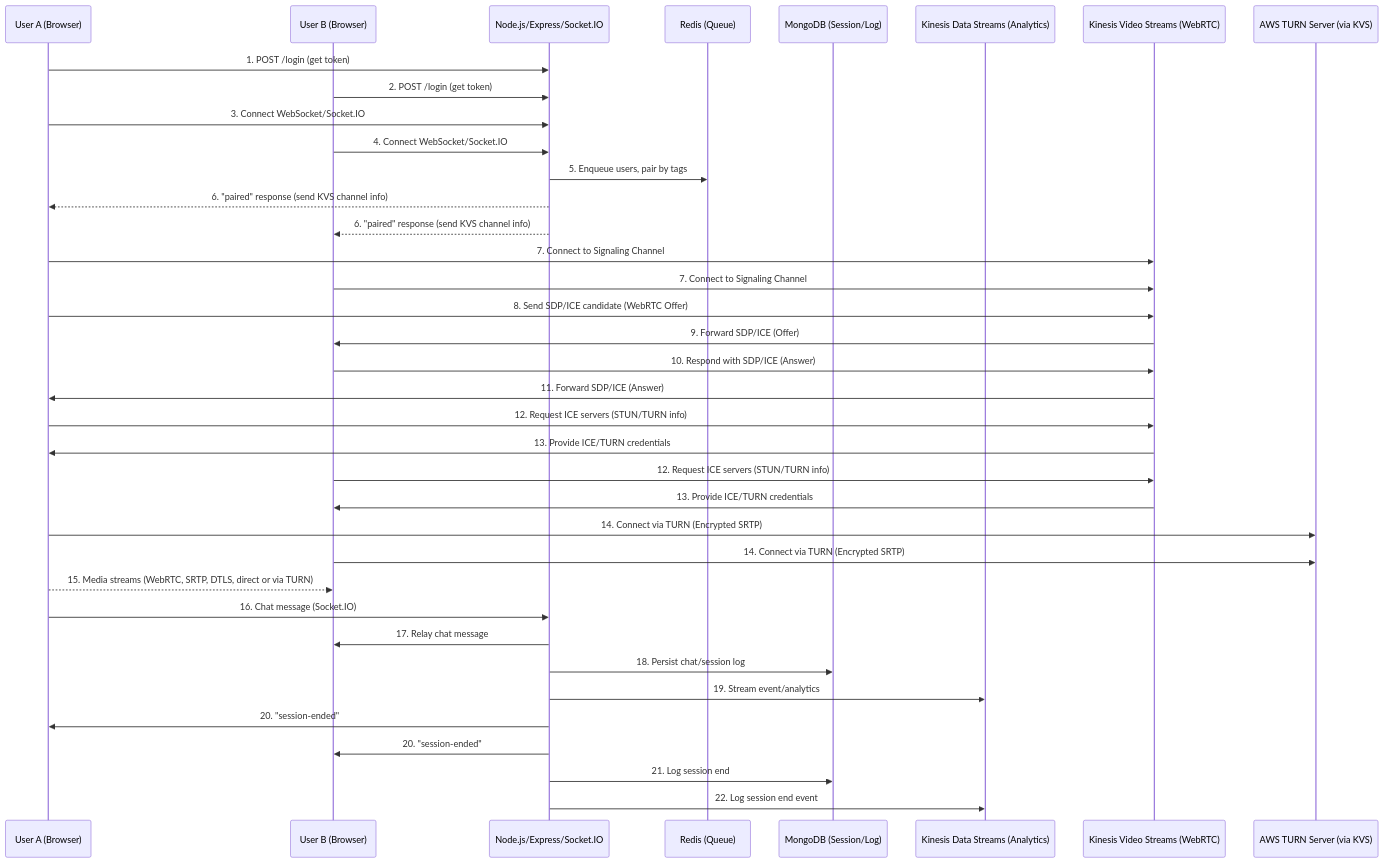
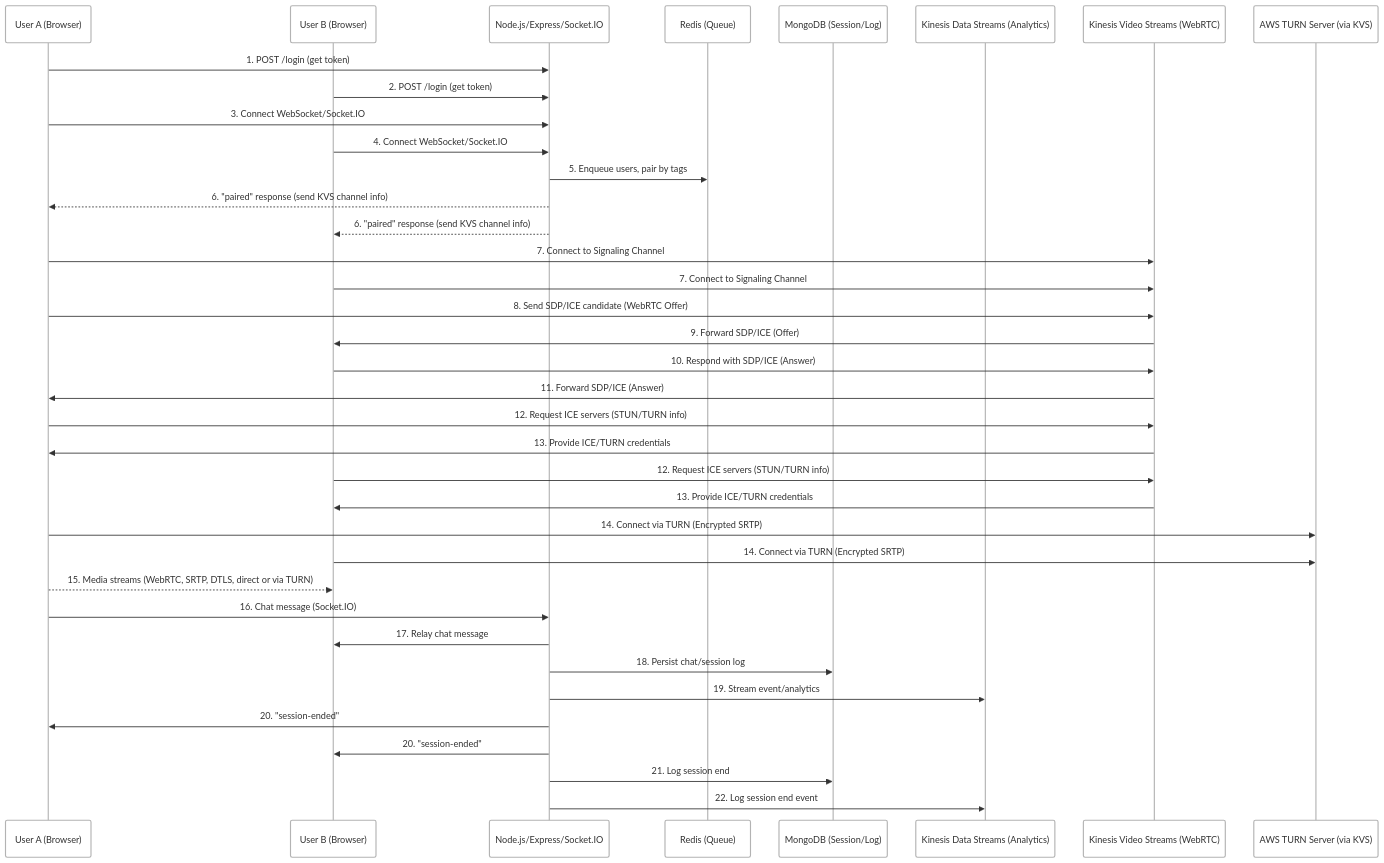
Before and after one commit to hamza-mostafa/Kinesis_webRTC_socketIO: the second of 2 diagrams in README.md, drawn with Mermaid. The commit also changed other lines of this file, not shown here.

Commit message:
arranging charts

````diff
--- a/README.md
+++ b/README.md
@@ -34,53 +39,44 @@
 ```mermaid
+---
+config:
+  theme: neo
+---
 sequenceDiagram
     participant UserA as User A (Browser)
     participant UserB as User B (Browser)
     participant Backend as Node.js/Express/Socket.IO
     participant Redis as Redis (Queue)
     participant Mongo as MongoDB (Session/Log)
     participant KDS as Kinesis Data Streams (Analytics)
     participant KVS as Kinesis Video Streams (WebRTC)
     participant TURN as AWS TURN Server (via KVS)
-
-    %% Auth and Pairing
     UserA->>Backend: 1. POST /login (get token)
     UserB->>Backend: 2. POST /login (get token)
     UserA->>Backend: 3. Connect WebSocket/Socket.IO
     UserB->>Backend: 4. Connect WebSocket/Socket.IO
     Backend->>Redis: 5. Enqueue users, pair by tags
     Backend-->>UserA: 6. "paired" response (send KVS channel info)
     Backend-->>UserB: 6. "paired" response (send KVS channel info)
-
-    %% WebRTC Signaling via KVS
     UserA->>KVS: 7. Connect to Signaling Channel
     UserB->>KVS: 7. Connect to Signaling Channel
     UserA->>KVS: 8. Send SDP/ICE candidate (WebRTC Offer)
     KVS->>UserB: 9. Forward SDP/ICE (Offer)
     UserB->>KVS: 10. Respond with SDP/ICE (Answer)
     KVS->>UserA: 11. Forward SDP/ICE (Answer)
-
-    %% ICE Gathering / TURN usage
     UserA->>KVS: 12. Request ICE servers (STUN/TURN info)
     KVS->>UserA: 13. Provide ICE/TURN credentials
     UserB->>KVS: 12. Request ICE servers (STUN/TURN info)
     KVS->>UserB: 13. Provide ICE/TURN credentials
-
-    %% If P2P fails, relay via TURN
     UserA->>TURN: 14. Connect via TURN (Encrypted SRTP)
     UserB->>TURN: 14. Connect via TURN (Encrypted SRTP)
-
-    %% Media
     UserA-->>UserB: 15. Media streams (WebRTC, SRTP, DTLS, direct or via TURN)
-
-    %% Chat/Session log persistence
     UserA->>Backend: 16. Chat message (Socket.IO)
     Backend->>UserB: 17. Relay chat message
     Backend->>Mongo: 18. Persist chat/session log
     Backend->>KDS: 19. Stream event/analytics
-
-    %% Session end/timeout
     Backend->>UserA: 20. "session-ended"
     Backend->>UserB: 20. "session-ended"
     Backend->>Mongo: 21. Log session end
     Backend->>KDS: 22. Log session end event
+
 ```
````
